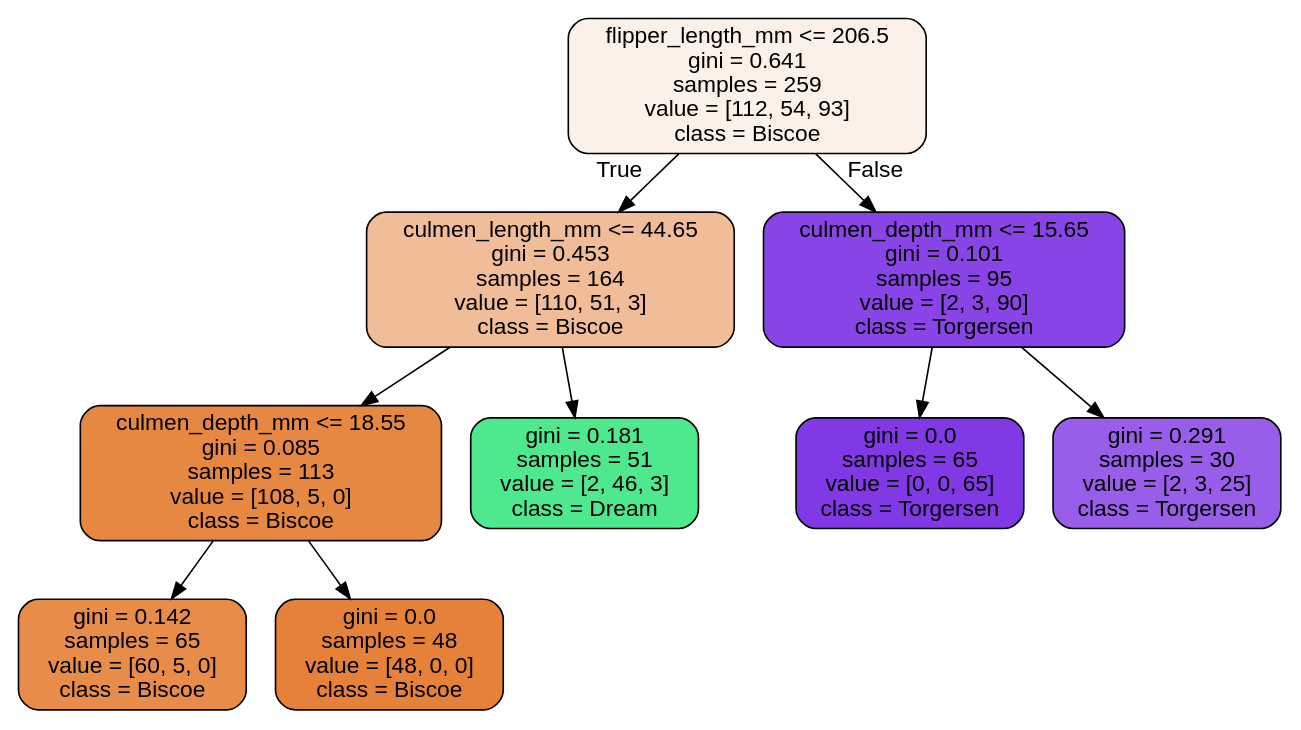
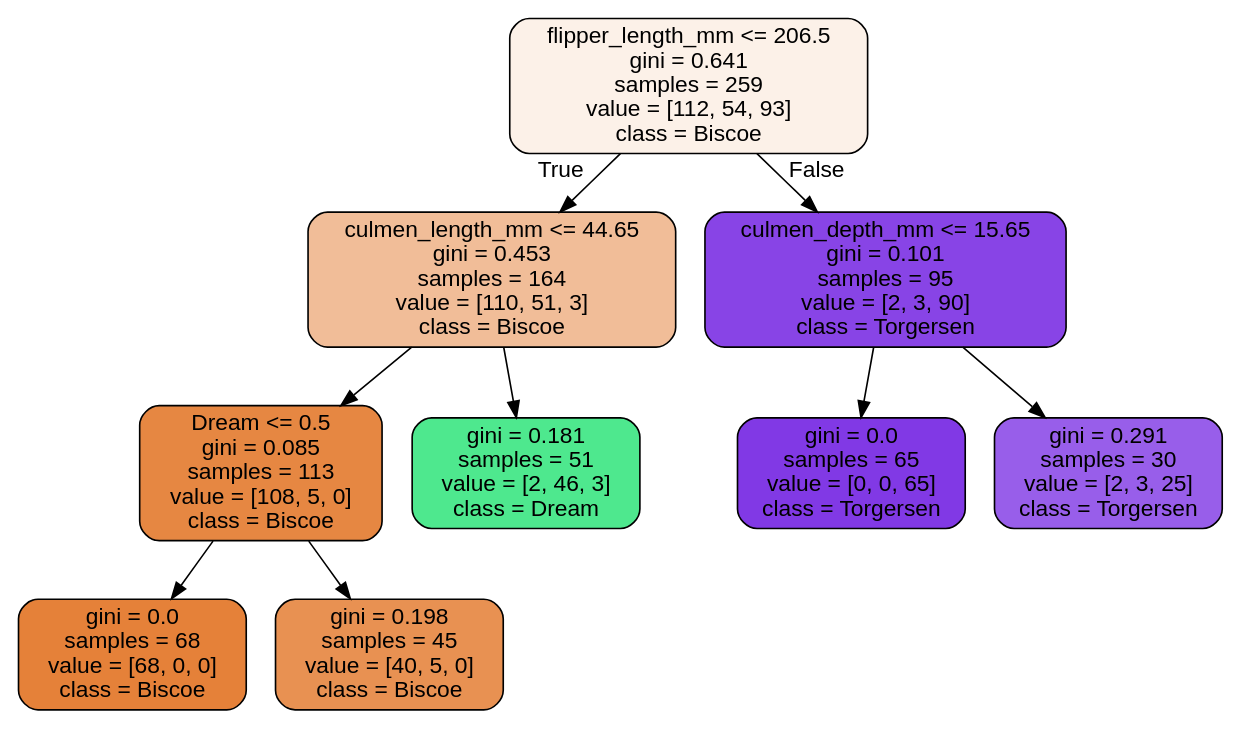
The diagram in 03-Machine_Learning/01-Supervisado/04-Ejercicio/images/classificacion_trees/classificacion_tree.dot (Pabarkyan/DS_PT_02_2024), drawn with Graphviz before and after one commit. The commit also changed 4 other files, not shown here.

```diff
--- a/03-Machine_Learning/01-Supervisado/04-Ejercicio/images/classificacion_trees/classificacion_tree.dot
+++ b/03-Machine_Learning/01-Supervisado/04-Ejercicio/images/classificacion_trees/classificacion_tree.dot
@@ -1,21 +1,21 @@
 digraph Tree {
 node [shape=box, style="filled, rounded", color="black", fontname="helvetica"] ;
 edge [fontname="helvetica"] ;
 0 [label="flipper_length_mm <= 206.5\ngini = 0.641\nsamples = 259\nvalue = [112, 54, 93]\nclass = Biscoe", fillcolor="#fcf1e8"] ;
 1 [label="culmen_length_mm <= 44.65\ngini = 0.453\nsamples = 164\nvalue = [110, 51, 3]\nclass = Biscoe", fillcolor="#f1bd98"] ;
 0 -> 1 [labeldistance=2.5, labelangle=45, headlabel="True"] ;
-2 [label="culmen_depth_mm <= 18.55\ngini = 0.085\nsamples = 113\nvalue = [108, 5, 0]\nclass = Biscoe", fillcolor="#e68742"] ;
+2 [label="Dream <= 0.5\ngini = 0.085\nsamples = 113\nvalue = [108, 5, 0]\nclass = Biscoe", fillcolor="#e68742"] ;
 1 -> 2 ;
-3 [label="gini = 0.142\nsamples = 65\nvalue = [60, 5, 0]\nclass = Biscoe", fillcolor="#e78c49"] ;
+3 [label="gini = 0.0\nsamples = 68\nvalue = [68, 0, 0]\nclass = Biscoe", fillcolor="#e58139"] ;
 2 -> 3 ;
-4 [label="gini = 0.0\nsamples = 48\nvalue = [48, 0, 0]\nclass = Biscoe", fillcolor="#e58139"] ;
+4 [label="gini = 0.198\nsamples = 45\nvalue = [40, 5, 0]\nclass = Biscoe", fillcolor="#e89152"] ;
 2 -> 4 ;
 5 [label="gini = 0.181\nsamples = 51\nvalue = [2, 46, 3]\nclass = Dream", fillcolor="#4ee88e"] ;
 1 -> 5 ;
 6 [label="culmen_depth_mm <= 15.65\ngini = 0.101\nsamples = 95\nvalue = [2, 3, 90]\nclass = Torgersen", fillcolor="#8844e6"] ;
 0 -> 6 [labeldistance=2.5, labelangle=-45, headlabel="False"] ;
 7 [label="gini = 0.0\nsamples = 65\nvalue = [0, 0, 65]\nclass = Torgersen", fillcolor="#8139e5"] ;
 6 -> 7 ;
 8 [label="gini = 0.291\nsamples = 30\nvalue = [2, 3, 25]\nclass = Torgersen", fillcolor="#985eea"] ;
 6 -> 8 ;
 }
```
